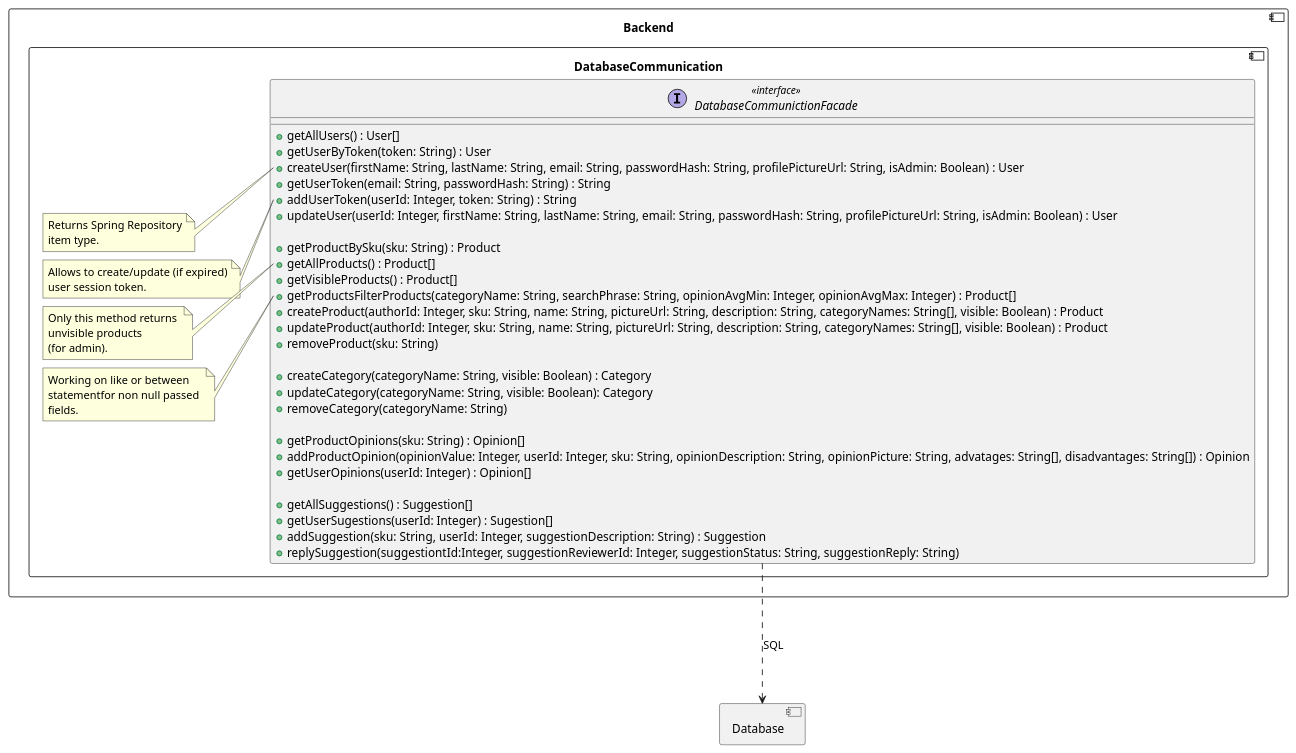
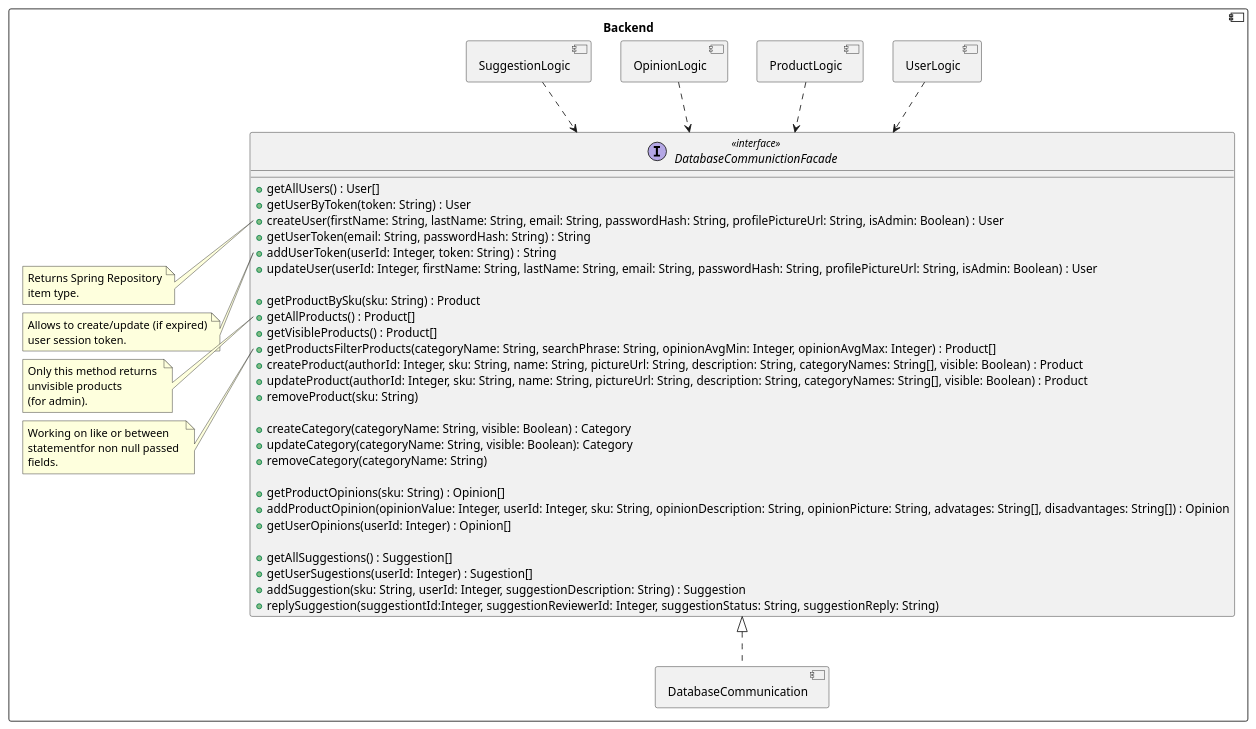
The second of 2 diagrams in backend/DatabaseCommunication.md (RadekBucki/OpinionCollectorArchitecture), drawn with PlantUML before and after one commit. The commit also changed 7 other files, not shown here.

````diff
--- a/backend/DatabaseCommunication.md
+++ b/backend/DatabaseCommunication.md
@@ -27,64 +27,75 @@
 ```plantuml
 @startuml
+component Backend {
+    component UserLogic {
+    }
+    component ProductLogic {
+    }
+    component OpinionLogic {
+    }
+    component SuggestionLogic {
+    }
+    
+    component DatabaseCommunication {
+    }
+    
+    interface DatabaseCommunictionFacade <<interface>> {
+        + getAllUsers() : User[]
+        + getUserByToken(token: String) : User
+        + createUser(firstName: String, lastName: String, email: String, passwordHash: String, profilePictureUrl: String, isAdmin: Boolean) : User
+        + getUserToken(email: String, passwordHash: String) : String
+        + addUserToken(userId: Integer, token: String) : String
+        + updateUser(userId: Integer, firstName: String, lastName: String, email: String, passwordHash: String, profilePictureUrl: String, isAdmin: Boolean) : User
+    
+        + getProductBySku(sku: String) : Product
+        + getAllProducts() : Product[]
+        + getVisibleProducts() : Product[]
+        + getProductsFilterProducts(categoryName: String, searchPhrase: String, opinionAvgMin: Integer, opinionAvgMax: Integer) : Product[]
+        + createProduct(authorId: Integer, sku: String, name: String, pictureUrl: String, description: String, categoryNames: String[], visible: Boolean) : Product
+        + updateProduct(authorId: Integer, sku: String, name: String, pictureUrl: String, description: String, categoryNames: String[], visible: Boolean) : Product
+        + removeProduct(sku: String)
 
-component Database {
+        + createCategory(categoryName: String, visible: Boolean) : Category
+        + updateCategory(categoryName: String, visible: Boolean): Category
+        + removeCategory(categoryName: String)
+        
+        + getProductOpinions(sku: String) : Opinion[]
+        + addProductOpinion(opinionValue: Integer, userId: Integer, sku: String, opinionDescription: String, opinionPicture: String, advatages: String[], disadvantages: String[]) : Opinion
+        + getUserOpinions(userId: Integer) : Opinion[]
+        
+        + getAllSuggestions() : Suggestion[]
+        + getUserSugestions(userId: Integer) : Sugestion[]
+        + addSuggestion(sku: String, userId: Integer, suggestionDescription: String) : Suggestion
+        + replySuggestion(suggestiontId:Integer, suggestionReviewerId: Integer, suggestionStatus: String, suggestionReply: String)
+    }
+    note left of DatabaseCommunictionFacade::createUser
+        Returns Spring Repository
+        item type.
+    endnote
+    
+    note left of DatabaseCommunictionFacade::addUserToken
+        Allows to create/update (if expired)
+        user session token.
+    endnote
+    
+    note left of DatabaseCommunictionFacade::getAllProducts
+        Only this method returns 
+        unvisible products
+        (for admin).
+    endnote
+    
+    note left of DatabaseCommunictionFacade::getProductsFilterProducts
+        Working on like or between 
+        statementfor non null passed 
+        fields.
+    endnote
+    
+    UserLogic                   ..>  DatabaseCommunictionFacade
+    ProductLogic                ..>  DatabaseCommunictionFacade
+    OpinionLogic                ..>  DatabaseCommunictionFacade
+    SuggestionLogic             ..>  DatabaseCommunictionFacade
+    DatabaseCommunictionFacade  <|..  DatabaseCommunication
 }
-component Backend {
-    component DatabaseCommunication {
-        interface DatabaseCommunictionFacade <<interface>> {
-            + getAllUsers() : User[]
-            + getUserByToken(token: String) : User
-            + createUser(firstName: String, lastName: String, email: String, passwordHash: String, profilePictureUrl: String, isAdmin: Boolean) : User
-            + getUserToken(email: String, passwordHash: String) : String
-            + addUserToken(userId: Integer, token: String) : String
-            + updateUser(userId: Integer, firstName: String, lastName: String, email: String, passwordHash: String, profilePictureUrl: String, isAdmin: Boolean) : User
-        
-            + getProductBySku(sku: String) : Product
-            + getAllProducts() : Product[]
-            + getVisibleProducts() : Product[]
-            + getProductsFilterProducts(categoryName: String, searchPhrase: String, opinionAvgMin: Integer, opinionAvgMax: Integer) : Product[]
-            + createProduct(authorId: Integer, sku: String, name: String, pictureUrl: String, description: String, categoryNames: String[], visible: Boolean) : Product
-            + updateProduct(authorId: Integer, sku: String, name: String, pictureUrl: String, description: String, categoryNames: String[], visible: Boolean) : Product
-            + removeProduct(sku: String)
-
-            + createCategory(categoryName: String, visible: Boolean) : Category
-            + updateCategory(categoryName: String, visible: Boolean): Category
-            + removeCategory(categoryName: String)
-            
-            + getProductOpinions(sku: String) : Opinion[]
-            + addProductOpinion(opinionValue: Integer, userId: Integer, sku: String, opinionDescription: String, opinionPicture: String, advatages: String[], disadvantages: String[]) : Opinion
-            + getUserOpinions(userId: Integer) : Opinion[]
-            
-            + getAllSuggestions() : Suggestion[]
-            + getUserSugestions(userId: Integer) : Sugestion[]
-            + addSuggestion(sku: String, userId: Integer, suggestionDescription: String) : Suggestion
-            + replySuggestion(suggestiontId:Integer, suggestionReviewerId: Integer, suggestionStatus: String, suggestionReply: String)
-        }
-        note left of DatabaseCommunictionFacade::createUser
-            Returns Spring Repository
-            item type.
-        endnote
-        
-        note left of DatabaseCommunictionFacade::addUserToken
-            Allows to create/update (if expired)
-            user session token.
-        endnote
-        
-        note left of DatabaseCommunictionFacade::getAllProducts
-            Only this method returns 
-            unvisible products
-            (for admin).
-        endnote
-        
-        note left of DatabaseCommunictionFacade::getProductsFilterProducts
-            Working on like or between 
-            statementfor non null passed 
-            fields.
-        endnote
-    }
-}
-
-DatabaseCommunictionFacade ...> Database : SQL
 
 @enduml 
 ```
````
